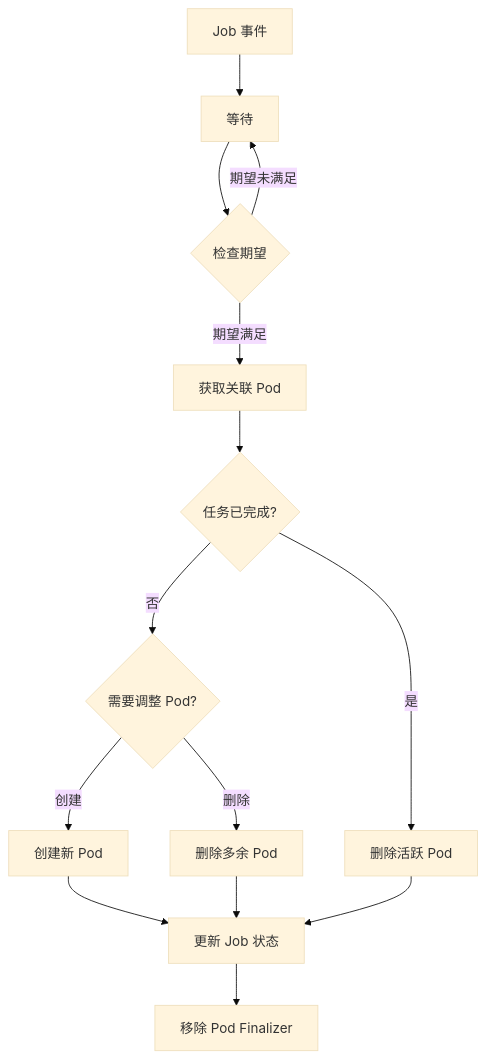
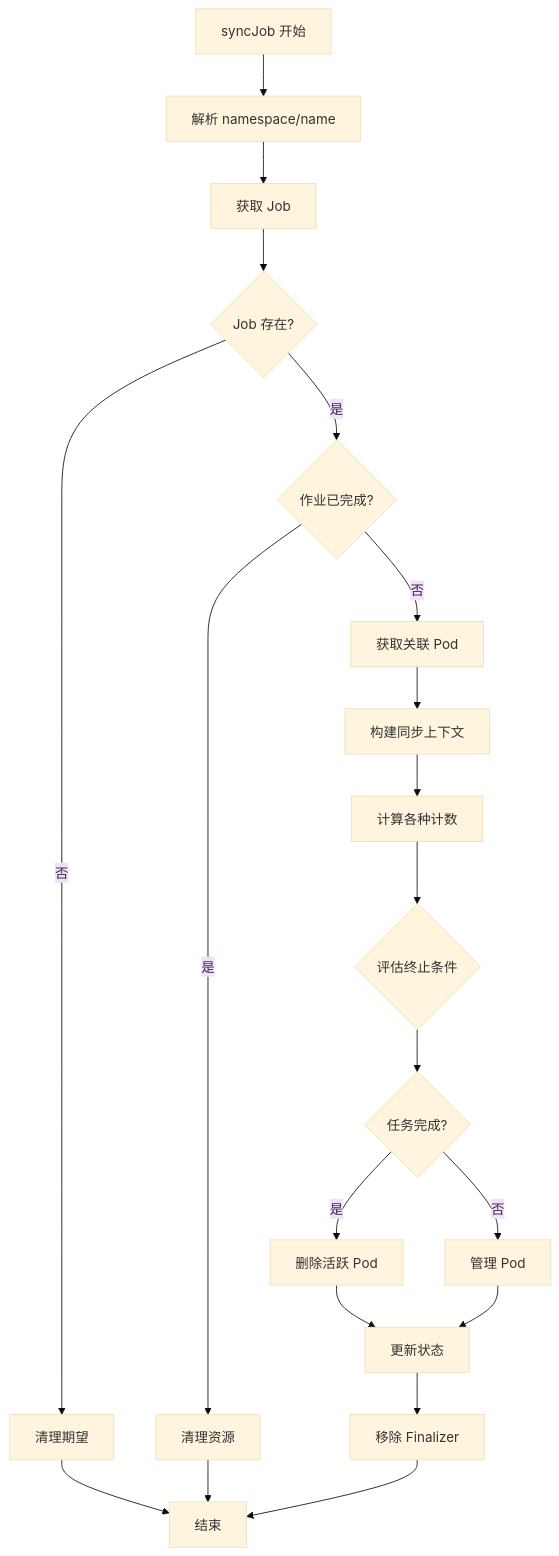
Before and after one commit to mjczz/k8s-vitepress: the third of 3 diagrams in docs/deep-dive/job-controller-deep-dive.md, drawn with Mermaid (base theme). The commit also changed other lines of this file and 5 other files, not shown here.

````diff
--- a/docs/deep-dive/job-controller-deep-dive.md
+++ b/docs/deep-dive/job-controller-deep-dive.md
@@ -110,16 +479,22 @@
 ```mermaid
 flowchart TD
-    A[Job 事件] --> B[处理队列]
-    B --> C{检查期望}
-    C -->|期望满足| D[获取关联 Pod]
-    C -->|期望未满足| B[等待]
-    D --> E{任务已完成?}
-    E -->|是| F[删除活跃 Pod]
-    E -->|否| G{需要调整 Pod?}
-    G -->|创建| H[创建新 Pod]
-    G -->|删除| I[删除多余 Pod]
-    H --> J[更新 Job 状态]
-    I --> J
-    F --> J
-    J --> K[移除 Pod Finalizer]
+    A[syncJob 开始] --> B[解析 namespace/name]
+    B --> C[获取 Job]
+    C --> D{Job 存在?}
+    D -->|否| E[清理期望]
+    D -->|是| F{作业已完成?}
+    F -->|是| G[清理资源]
+    F -->|否| H[获取关联 Pod]
+    E --> I[结束]
+    G --> I
+    H --> J[构建同步上下文]
+    J --> K[计算各种计数]
+    K --> L{评估终止条件}
+    L --> M{任务完成?}
+    M -->|是| N[删除活跃 Pod]
+    M -->|否| O[管理 Pod]
+    N --> P[更新状态]
+    O --> P
+    P --> Q[移除 Finalizer]
+    Q --> I
 ```
````
